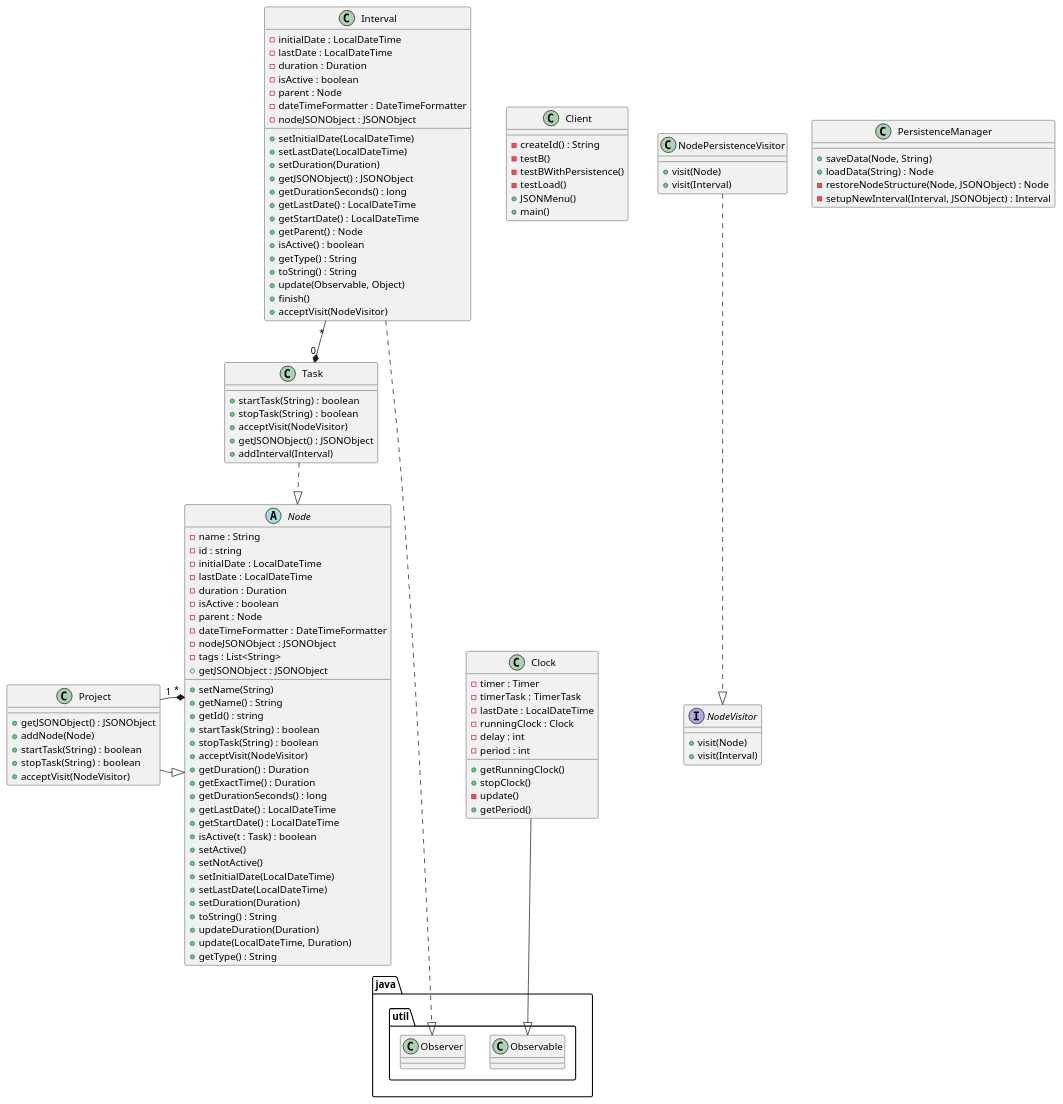
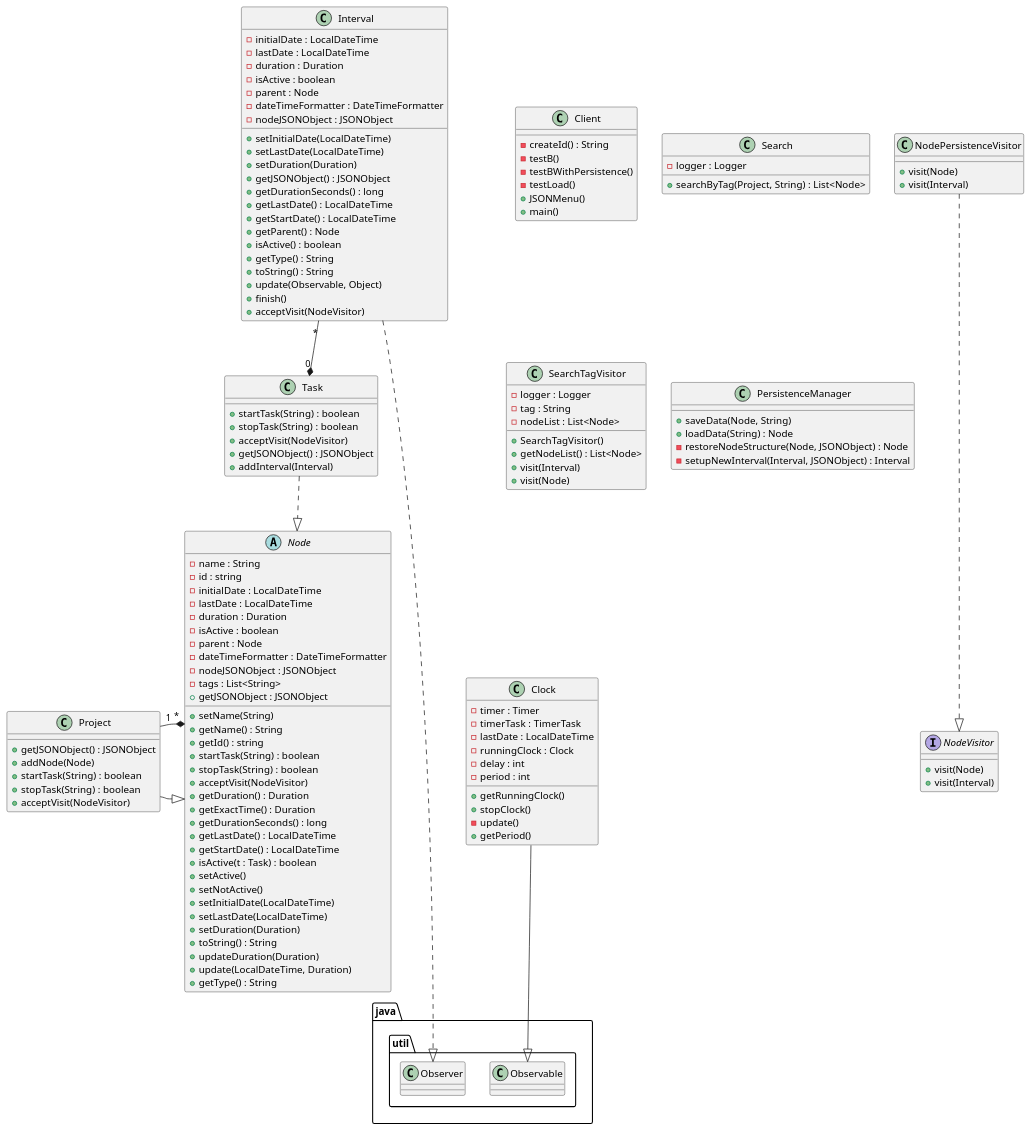
One commit to gonzaloarilla/DS_TimeTracker changed the diagram in src/uml.puml. Above: the diagram before and after it, drawn with PlantUML. The commit also changed 1 other file, not shown here.

Commit message:
uml updates

```diff
--- a/src/uml.puml
+++ b/src/uml.puml
@@ -1,124 +1,138 @@
 @startuml
 class Client {
 - createId() : String
 - testB()
 - testBWithPersistence()
 - testLoad()
 + JSONMenu()
 + main()
+}
+
+class Search{
+- logger : Logger
++ searchByTag(Project, String) : List<Node>
+}
+
+class SearchTagVisitor{
+- logger : Logger
+- tag : String
+- nodeList : List<Node>
++ SearchTagVisitor()
++ getNodeList() : List<Node>
++ visit(Interval)
++ visit(Node)
 }
 
 abstract Node {
 - name : String
 - id : string
 - initialDate : LocalDateTime
 - lastDate : LocalDateTime
 - duration : Duration
 - isActive : boolean
 - parent : Node
 - dateTimeFormatter : DateTimeFormatter
 - nodeJSONObject : JSONObject
 - tags : List<String>
 + getJSONObject : JSONObject
 + setName(String)
 + getName() : String
 + getId() : string
 + startTask(String) : boolean
 + stopTask(String) : boolean
 + acceptVisit(NodeVisitor)
 + getDuration() : Duration
 + getExactTime() : Duration
 + getDurationSeconds() : long
 + getLastDate() : LocalDateTime
 + getStartDate() : LocalDateTime
 + isActive(t : Task) : boolean
 + setActive()
 + setNotActive()
 + setInitialDate(LocalDateTime)
 + setLastDate(LocalDateTime)
 + setDuration(Duration)
 + toString() : String
 + updateDuration(Duration)
 + update(LocalDateTime, Duration)
 + getType() : String
 }
 
 class Project {
 + getJSONObject() : JSONObject
 + addNode(Node)
 + startTask(String) : boolean
 + stopTask(String) : boolean
 + acceptVisit(NodeVisitor)
 }
 
 class Task {
 + startTask(String) : boolean
 + stopTask(String) : boolean
 + acceptVisit(NodeVisitor)
 + getJSONObject() : JSONObject
 + addInterval(Interval)
 }
 
 class Interval {
 - initialDate : LocalDateTime
 - lastDate : LocalDateTime
 - duration : Duration
 - isActive : boolean
 - parent : Node
 - dateTimeFormatter : DateTimeFormatter
 - nodeJSONObject : JSONObject
 + setInitialDate(LocalDateTime)
 + setLastDate(LocalDateTime)
 + setDuration(Duration)
 + getJSONObject() : JSONObject
 + getDurationSeconds() : long
 + getLastDate() : LocalDateTime
 + getStartDate() : LocalDateTime
 + getParent() : Node
 + isActive() : boolean
 + getType() : String
 + toString() : String
 + update(Observable, Object)
 + finish()
 + acceptVisit(NodeVisitor)
 }
 
 class Clock {
 - timer : Timer
 - timerTask : TimerTask
 - lastDate : LocalDateTime
 - runningClock : Clock
 - delay : int
 - period : int
 + getRunningClock()
 + stopClock()
 - update()
 + getPeriod()
 }
 
 class NodePersistenceVisitor {
 + visit(Node)
 + visit(Interval)
 }
 
 interface NodeVisitor {
 + visit(Node)
 + visit(Interval)
 }
 
 class PersistenceManager {
 + saveData(Node, String)
 + loadData(String) : Node
 - restoreNodeStructure(Node, JSONObject) : Node
 - setupNewInterval(Interval, JSONObject) : Interval
 }
 
 Project -|> Node
 Node "*" *-- "1" Project
 Task -.|> Node
 Clock -down-|> java.util.Observable
 Interval -.down.-|> java.util.Observer
 Interval "*" --* "0" Task
 NodePersistenceVisitor -.down-|> NodeVisitor
-
 @enduml
```
